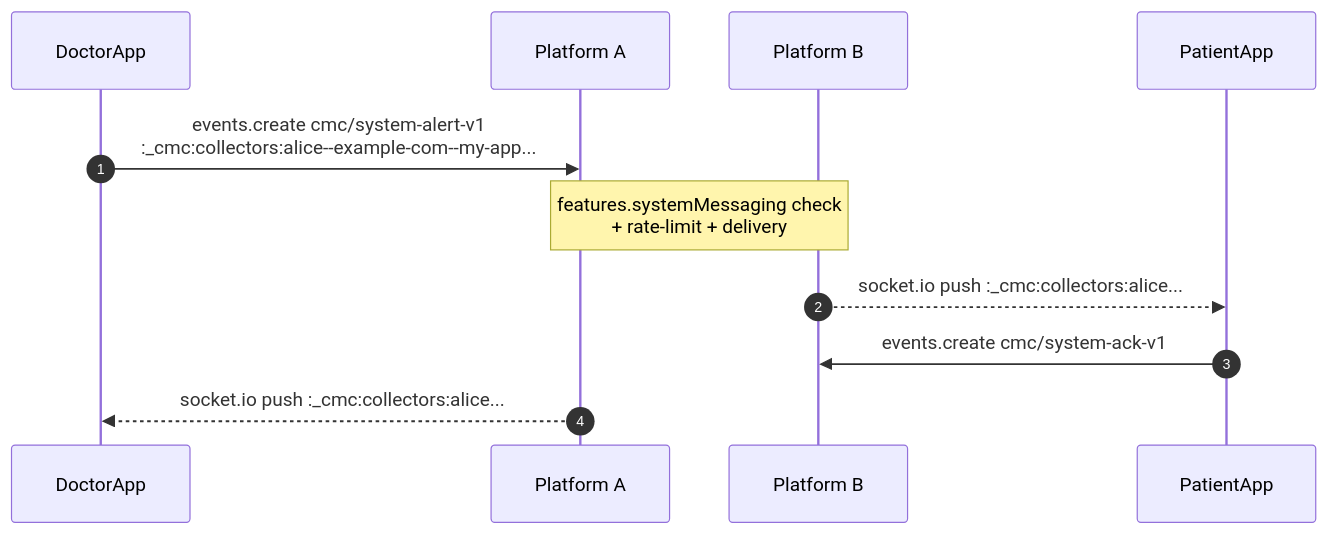
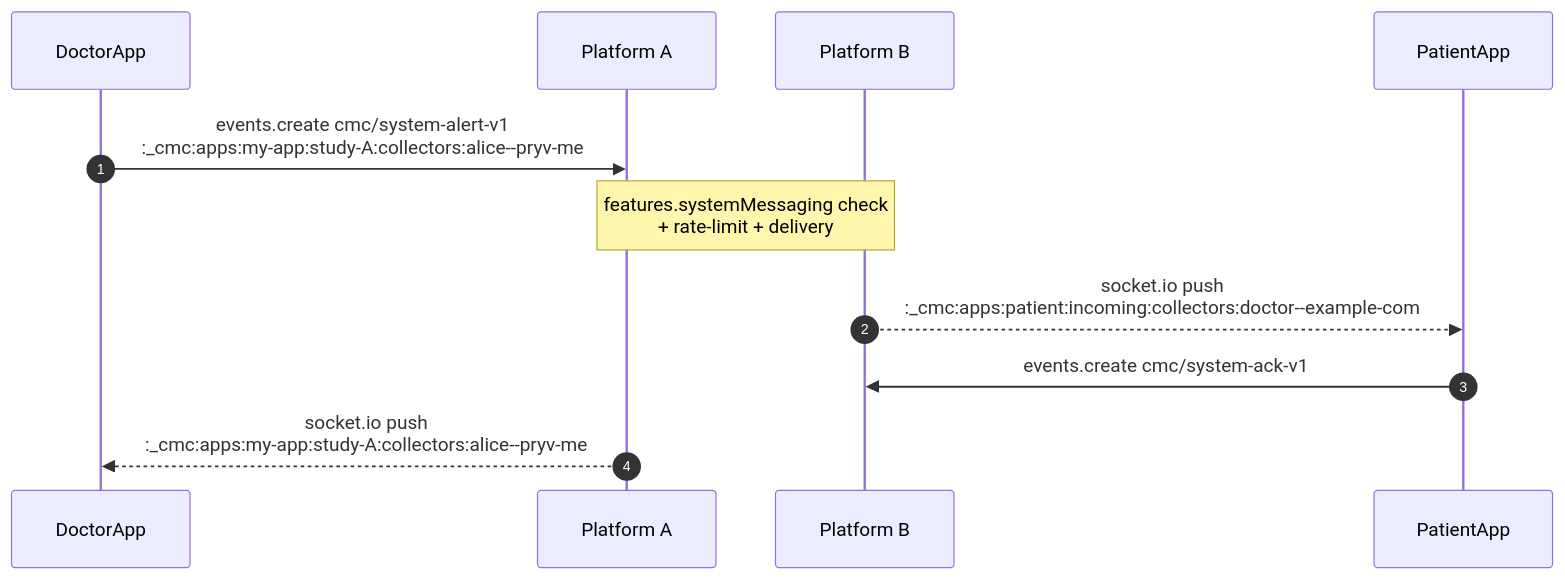
One commit to pryv/open-pryv.io changed the third of 5 diagrams in components/cmc/IMPLEMENTERS-GUIDE.md. Above: the diagram before and after it, drawn with Mermaid. The commit also changed other lines of this file and 2 other files, not shown here.

First line of the commit message:
plan 68 — docs: rewrite to nested-under-apps namespace

````diff
--- a/components/cmc/IMPLEMENTERS-GUIDE.md
+++ b/components/cmc/IMPLEMENTERS-GUIDE.md
@@ -430,14 +430,14 @@
 ```mermaid
 sequenceDiagram
     autonumber
     participant DoctorApp
     participant PlatformA as Platform A
     participant PlatformB as Platform B
     participant PatientApp
 
-    DoctorApp->>PlatformA: events.create cmc/system-alert-v1<br/>:_cmc:collectors:alice--example-com--my-app...
+    DoctorApp->>PlatformA: events.create cmc/system-alert-v1<br/>:_cmc:apps:my-app:study-A:collectors:alice--pryv-me
     Note over PlatformA,PlatformB: features.systemMessaging check<br/>+ rate-limit + delivery
-    PlatformB-->>PatientApp: socket.io push :_cmc:collectors:alice...
+    PlatformB-->>PatientApp: socket.io push<br/>:_cmc:apps:patient:incoming:collectors:doctor--example-com
     PatientApp->>PlatformB: events.create cmc/system-ack-v1
-    PlatformA-->>DoctorApp: socket.io push :_cmc:collectors:alice...
+    PlatformA-->>DoctorApp: socket.io push<br/>:_cmc:apps:my-app:study-A:collectors:alice--pryv-me
 ```
````
